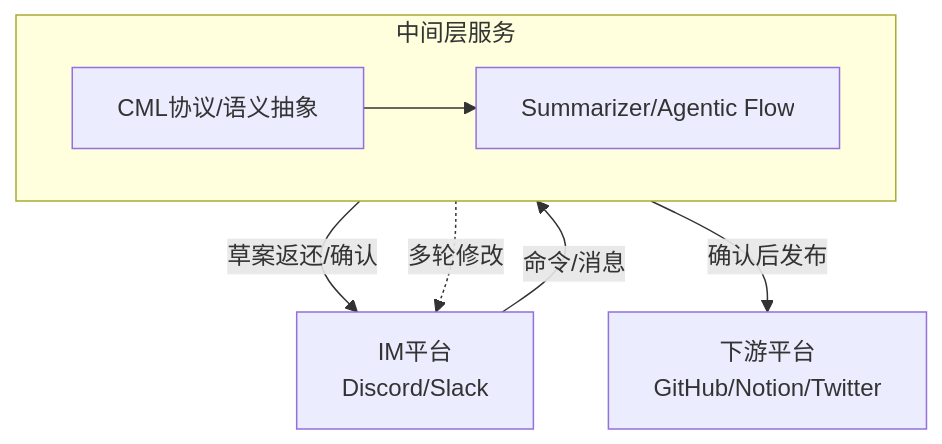
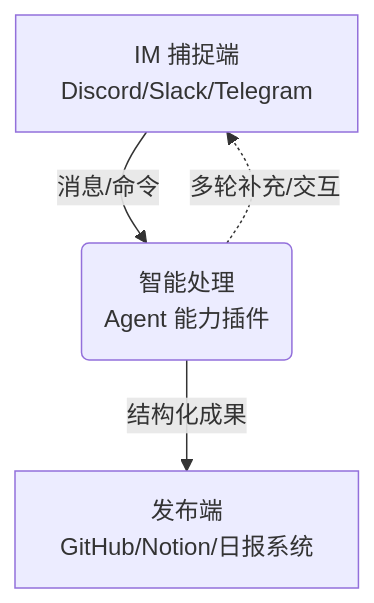
One commit to ChatMill/docs changed the diagram in README.md. Above: the diagram before and after it, drawn with Mermaid. The commit also changed other lines of this file and 4 other files, not shown here.

````diff
--- a/README.md
+++ b/README.md
@@ -28,10 +25,6 @@
 ```mermaid
 graph TD
-    A[IM平台<br>Discord/Slack] -->|命令/消息| B(Agent/中间层服务)
-    B -->|草案返还/确认| A
-    B -->|确认后发布| C[下游平台<br>GitHub/Notion/Twitter]
-    B -.->|多轮修改| A
-    subgraph B [中间层服务]
-      B1[CML协议/语义抽象] --> B2[Summarizer/Agentic Flow]
-    end
+    A[IM 捕捉端<br>Discord/Slack/Telegram] -->|消息/命令| B(智能处理<br>Agent 能力插件)
+    B -->|结构化成果| C[发布端<br>GitHub/Notion/日报系统]
+    B -.->|多轮补充/交互| A
 ```
````
